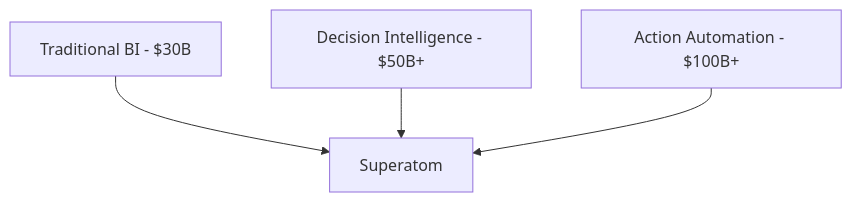
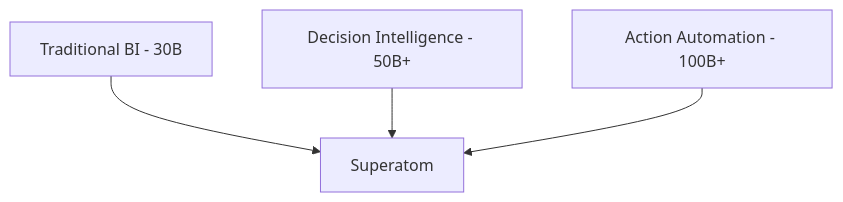
One commit to ashishsuperatom/tech-docs changed the fifth of 5 diagrams in introduction/comparison.mdx. Above: the diagram before and after it, drawn with Mermaid. The commit also changed other lines of this file and 13 other files, not shown here.

````diff
--- a/introduction/comparison.mdx
+++ b/introduction/comparison.mdx
@@ -201,7 +201,7 @@
 ```mermaid
 flowchart TD
-    L1["Traditional BI - $30B"] --> SUPERATOM["Superatom"]
-    L2["Decision Intelligence - $50B+"] --> SUPERATOM
-    L3["Action Automation - $100B+"] --> SUPERATOM
+    L1["Traditional BI - 30B"] --> SUPERATOM["Superatom"]
+    L2["Decision Intelligence - 50B+"] --> SUPERATOM
+    L3["Action Automation - 100B+"] --> SUPERATOM
 
 ```
````
